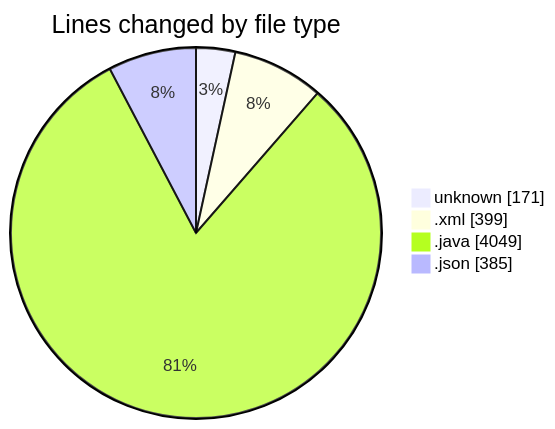
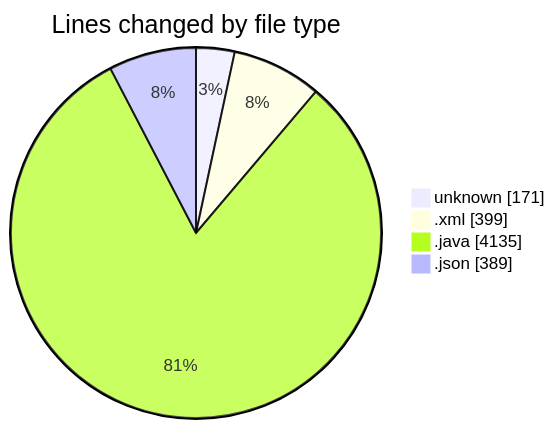
One commit to charlie-sans/code-tracking changed the first of 2 diagrams in 2025-02-24/micros/README.md. Above: the diagram before and after it, drawn with Mermaid. The commit also changed other lines of this file and 1 other file, not shown here.

````diff
--- a/2025-02-24/micros/README.md
+++ b/2025-02-24/micros/README.md
@@ -34,8 +34,8 @@
 ```mermaid
 pie showData
 title Lines changed by file type
 "unknown" : 171
 ".xml" : 399
-".java" : 4049
-".json" : 385
+".java" : 4135
+".json" : 389
 ```
````
